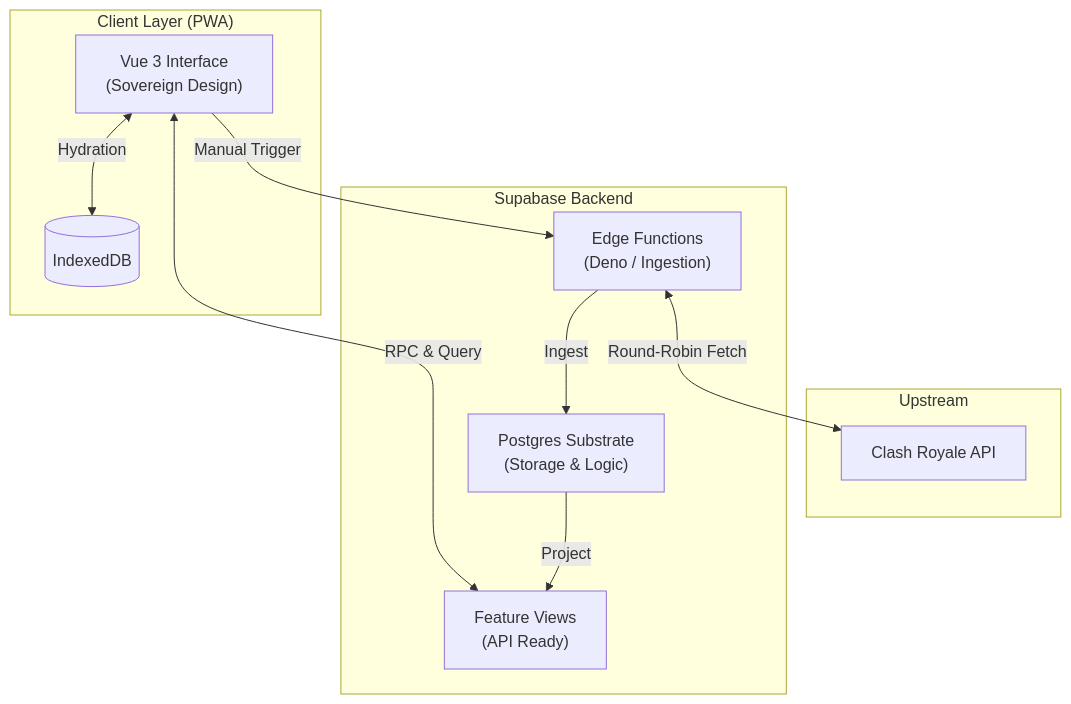
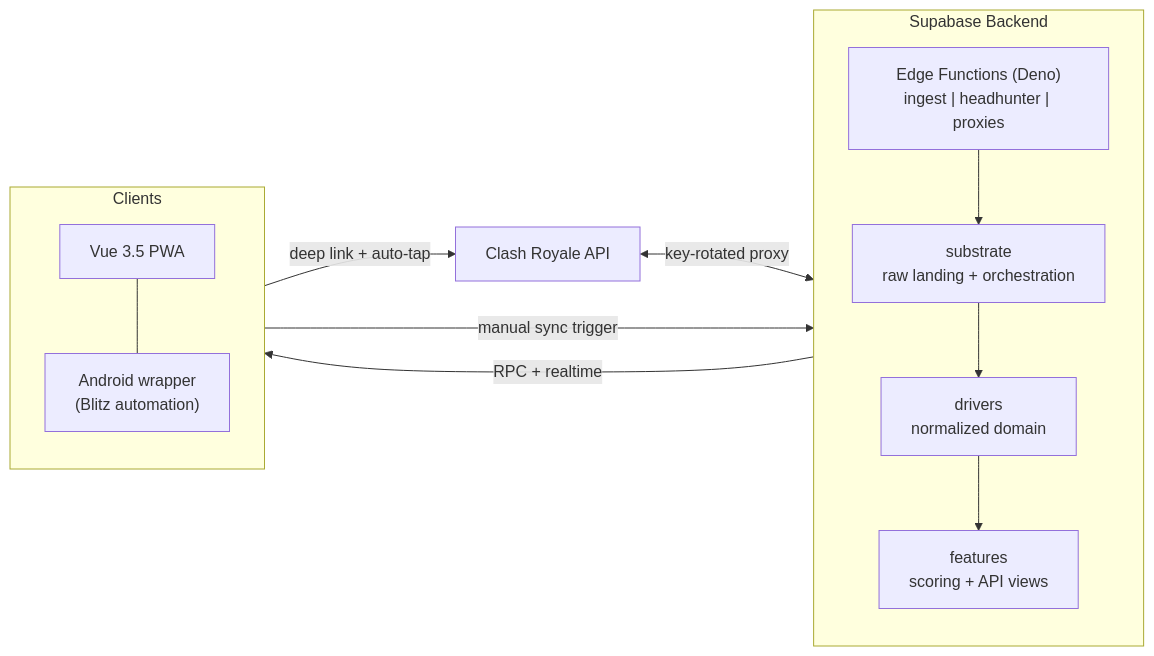
The diagram in README.md (AlbiDR/Clash-Manager), drawn with Mermaid before and after one commit. The commit also changed other lines of this file and 11 other files, not shown here.

````diff
--- a/README.md
+++ b/README.md
@@ -130,24 +157,25 @@
 ```mermaid
-flowchart TD
-    subgraph Upstream
-        CRAPI["Clash Royale API"]
+flowchart LR
+    CR["Clash Royale API"]
+
+    subgraph Backend["Supabase Backend"]
+        direction TB
+        Edge["Edge Functions (Deno)<br/>ingest | headhunter | proxies"]
+        Raw["substrate<br/>raw landing + orchestration"]
+        Dom["drivers<br/>normalized domain"]
+        Views["features<br/>scoring + API views"]
+        Edge --> Raw --> Dom --> Views
     end
 
-    subgraph "Supabase Backend"
-        Edge["Edge Functions<br/>(Deno / Ingestion)"]
-        DB["Postgres Substrate<br/>(Storage & Logic)"]
-        Views["Feature Views<br/>(API Ready)"]
+    subgraph Client["Clients"]
+        direction TB
+        PWA["Vue 3.5 PWA"]
+        APK["Android wrapper<br/>(Blitz automation)"]
     end
 
-    subgraph "Client Layer (PWA)"
-        UI["Vue 3 Interface<br/>(Sovereign Design)"]
-        Cache[(IndexedDB)]
-    end
-
-    Edge <-->|Round-Robin Fetch| CRAPI
-    Edge -->|Ingest| DB
-    DB -->|Project| Views
-    UI <-->|RPC & Query| Views
-    UI <-->|Hydration| Cache
-    UI -->|Manual Trigger| Edge
+    CR <-->|key-rotated proxy| Edge
+    Views -->|RPC + realtime| PWA
+    PWA -->|manual sync trigger| Edge
+    PWA --- APK
+    APK -->|deep link + auto-tap| CR
 ```
````
